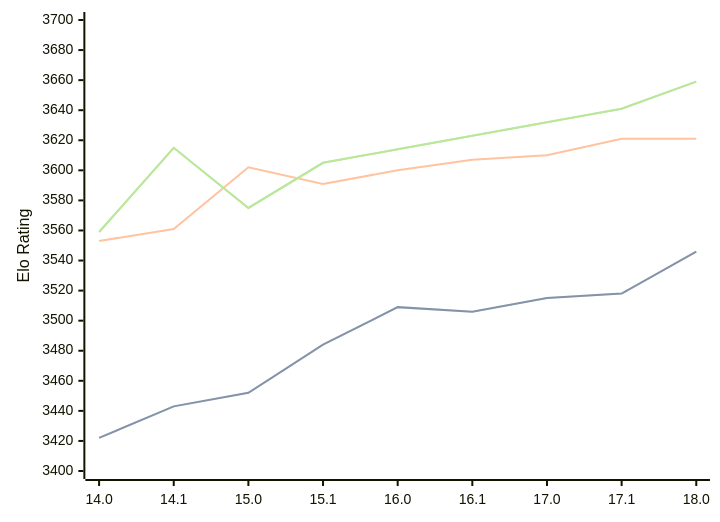
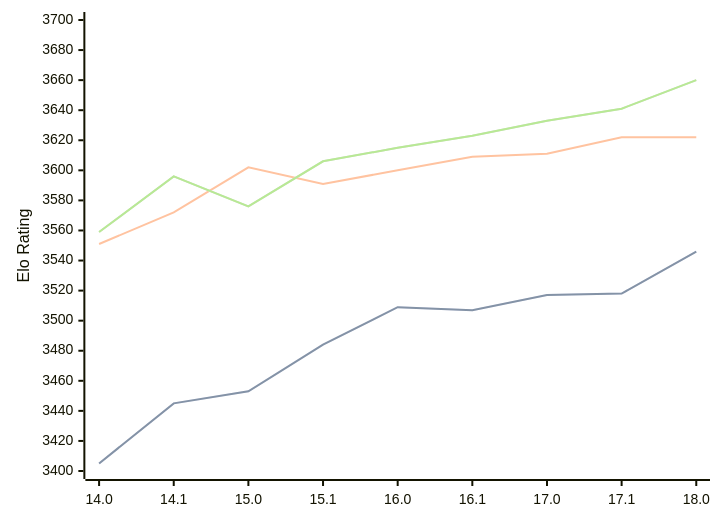
Before and after one commit to computer-chess-index/cci: the diagram in engines/Stockfish.md, drawn with Mermaid. The commit also changed other lines of this file, not shown here.

Commit message:
Update CCI Ratings (ELO VLTC) - 2026-02-17

````diff
--- a/engines/Stockfish.md
+++ b/engines/Stockfish.md
@@ -42,11 +42,11 @@
 ```mermaid
 %%{init: {"theme":"base","themeVariables":{"seriesColors:['#a3a3a3','#222221','#faa371']}}}%%
 xychart-beta
   x-axis ["14.0", "14.1", "15.0", "15.1", "16.0", "16.1", "17.0", "17.1", "18.0"]
   y-axis "Elo Rating" 3400 --> 3700
-  line "STC (8.0+0.08s)" [3422, 3443, 3452, 3484, 3509, 3506, 3515, 3518, 3546]
-  line "STC (8.0+0.08s)" [3422, 3443, 3452, 3484, 3509, 3506, 3515, 3518, 3546]
-  line "LTC (60.0+0.60s)" [3553, 3561, 3602, 3591, 3600, 3607, 3610, 3621, 3621]
-  line "VLTC (2m24s+1.12s)" [3559, 3615, 3575, 3605, 3614, 3623, 3632, 3641, 3659]
-  line "VLTC (2m24s+1.12s)" [3559, 3615, 3575, 3605, 3614, 3623, 3632, 3641, 3659]
+  line "STC (8.0+0.08s)" [3405, 3445, 3453, 3484, 3509, 3507, 3517, 3518, 3546]
+  line "STC (8.0+0.08s)" [3405, 3445, 3453, 3484, 3509, 3507, 3517, 3518, 3546]
+  line "LTC (60.0+0.60s)" [3551, 3572, 3602, 3591, 3600, 3609, 3611, 3622, 3622]
+  line "VLTC (2m24s+1.12s)" [3559, 3596, 3576, 3606, 3615, 3623, 3633, 3641, 3660]
+  line "VLTC (2m24s+1.12s)" [3559, 3596, 3576, 3606, 3615, 3623, 3633, 3641, 3660]
 ```
````
